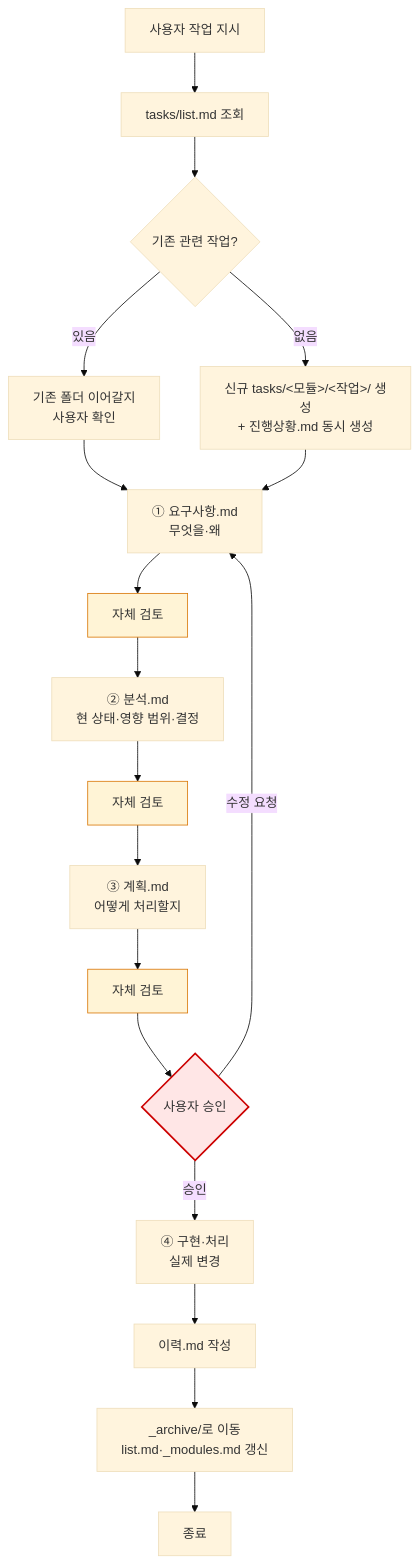
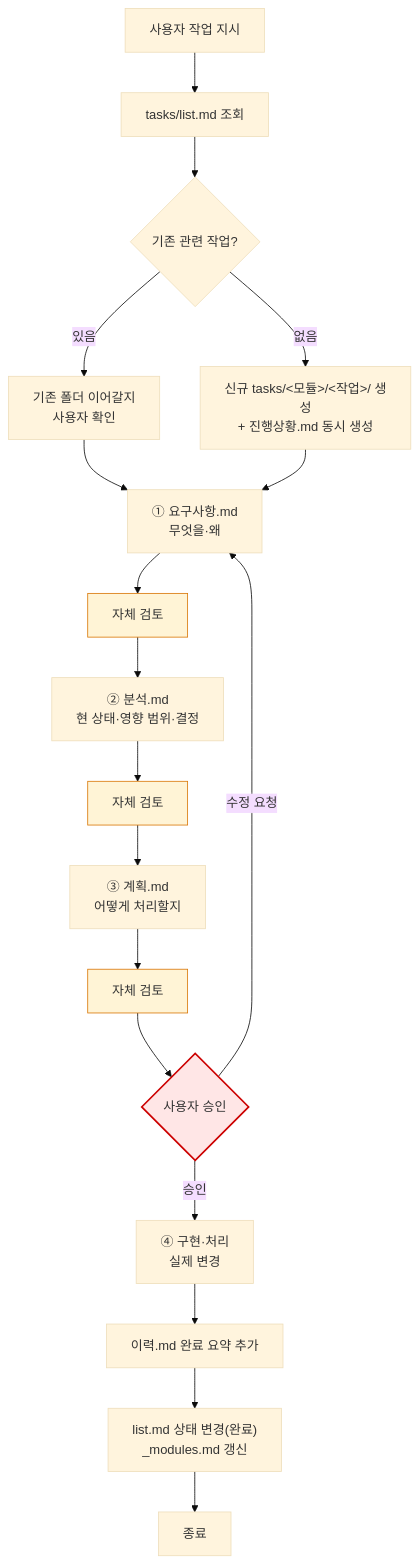
One commit to eskim-todoc/claude changed the diagram in docs/지침/일반/작업 진행 규칙.md. Above: the diagram before and after it, drawn with Mermaid (base theme). The commit also changed other lines of this file and 10 other files, not shown here.

Commit message:
feat(meta): docs 구조 근본 재설계 — archive 폐지·진행상황/이력 통합·list 단일표·영속 콘텐츠 Wiki 통합 (Task α 정책·지침 25곳)

````diff
--- a/docs/지침/일반/작업 진행 규칙.md
+++ b/docs/지침/일반/작업 진행 규칙.md
@@ -29,26 +29,26 @@
 ```mermaid
 flowchart TD
     A["사용자 작업 지시"] --> B[tasks/list.md 조회]
     B --> C{기존 관련 작업?}
     C -->|있음| D[기존 폴더 이어갈지<br/>사용자 확인]
     C -->|없음| E[신규 tasks/&lt;모듈&gt;/&lt;작업&gt;/ 생성<br/>+ 진행상황.md 동시 생성]
     D --> F
     E --> F
     F["① 요구사항.md<br/>무엇을·왜"]
     F --> F1["자체 검토"]
     F1 --> G["② 분석.md<br/>현 상태·영향 범위·결정"]
     G --> G1["자체 검토"]
     G1 --> H["③ 계획.md<br/>어떻게 처리할지"]
     H --> H1["자체 검토"]
     H1 --> I{사용자 승인}
     I -->|수정 요청| F
     I -->|승인| J["④ 구현·처리<br/>실제 변경"]
-    J --> K["이력.md 작성"]
-    K --> L["_archive/로 이동<br/>list.md·_modules.md 갱신"]
+    J --> K["이력.md 완료 요약 추가"]
+    K --> L["list.md 상태 변경(완료)<br/>_modules.md 갱신"]
     L --> M[종료]
 
     classDef review fill:#fff4d6,stroke:#d97706
     classDef approval fill:#ffe6e6,stroke:#c00,stroke-width:2px
     class F1,G1,H1 review
     class I approval
 ```
````
